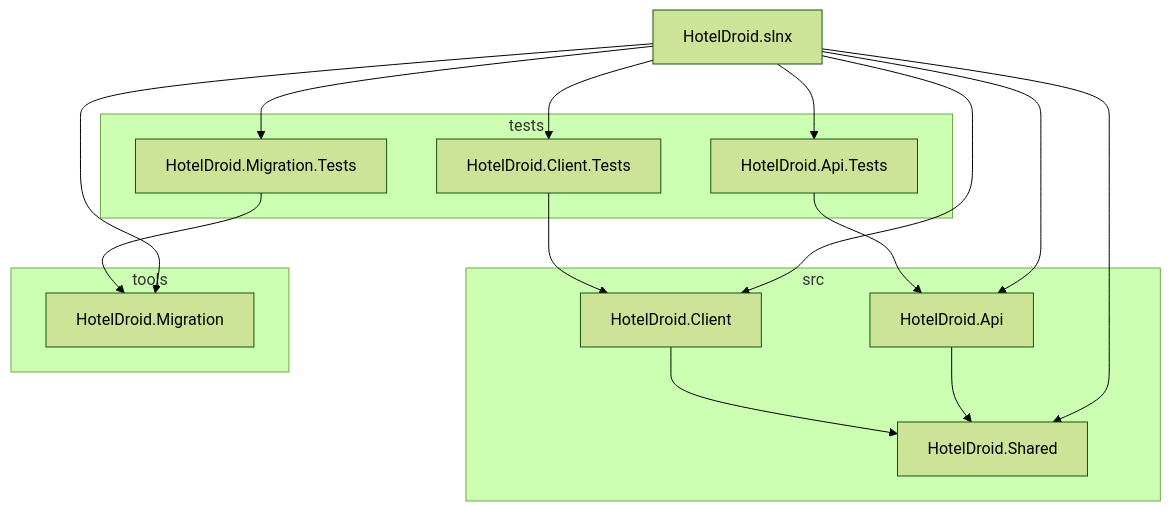
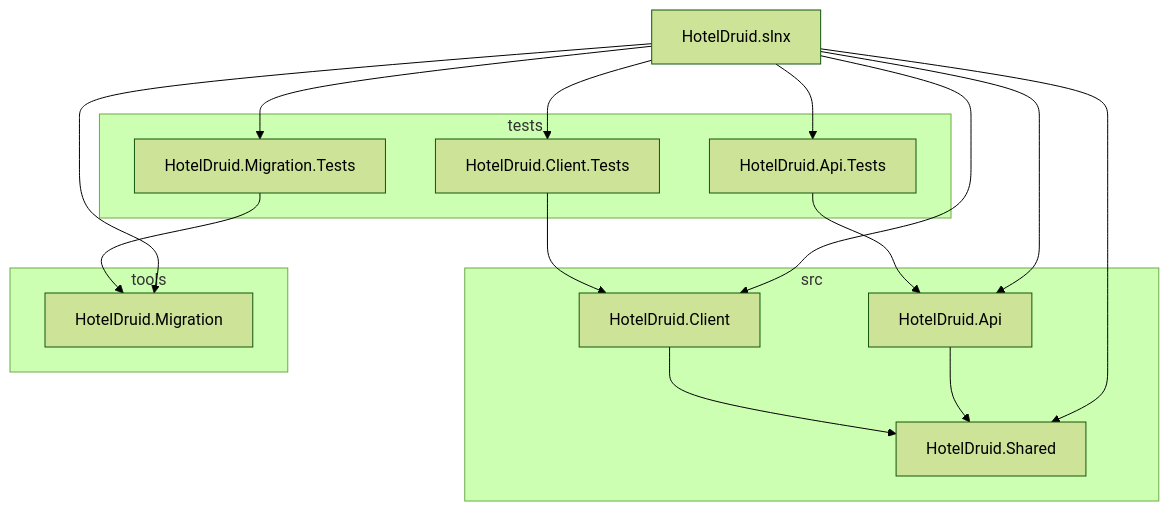
Before and after one commit to RolfEleveld/hoteldruid: the first of 4 diagrams in ARCHITECTURE.md, drawn with Mermaid (forest theme). The commit also changed other lines of this file and 418 other files, not shown here.

First line of the commit message:
Rename HotelDroid to HotelDruid across solution

````diff
--- a/ARCHITECTURE.md
+++ b/ARCHITECTURE.md
@@ -365,29 +365,29 @@
 ```mermaid
 graph TD
-  A[HotelDroid.slnx]
+  A[HotelDruid.slnx]
   subgraph src
-    B[HotelDroid.Api]
-    C[HotelDroid.Client]
-    D[HotelDroid.Shared]
+    B[HotelDruid.Api]
+    C[HotelDruid.Client]
+    D[HotelDruid.Shared]
   end
   subgraph tools
-    E[HotelDroid.Migration]
+    E[HotelDruid.Migration]
   end
   subgraph tests
-    F[HotelDroid.Api.Tests]
-    G[HotelDroid.Client.Tests]
-    H[HotelDroid.Migration.Tests]
+    F[HotelDruid.Api.Tests]
+    G[HotelDruid.Client.Tests]
+    H[HotelDruid.Migration.Tests]
   end
   A --> B
   A --> C
   A --> D
   A --> E
   A --> F
   A --> G
   A --> H
   B --> D
   C --> D
   F --> B
   G --> C
   H --> E
 ```
````
